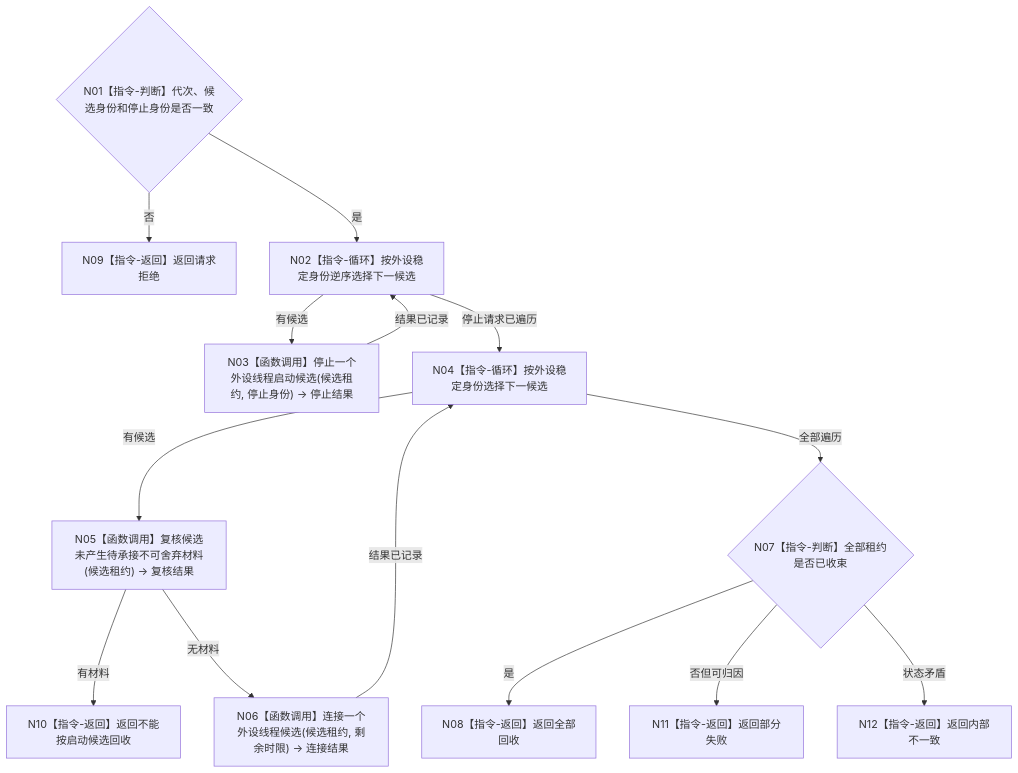
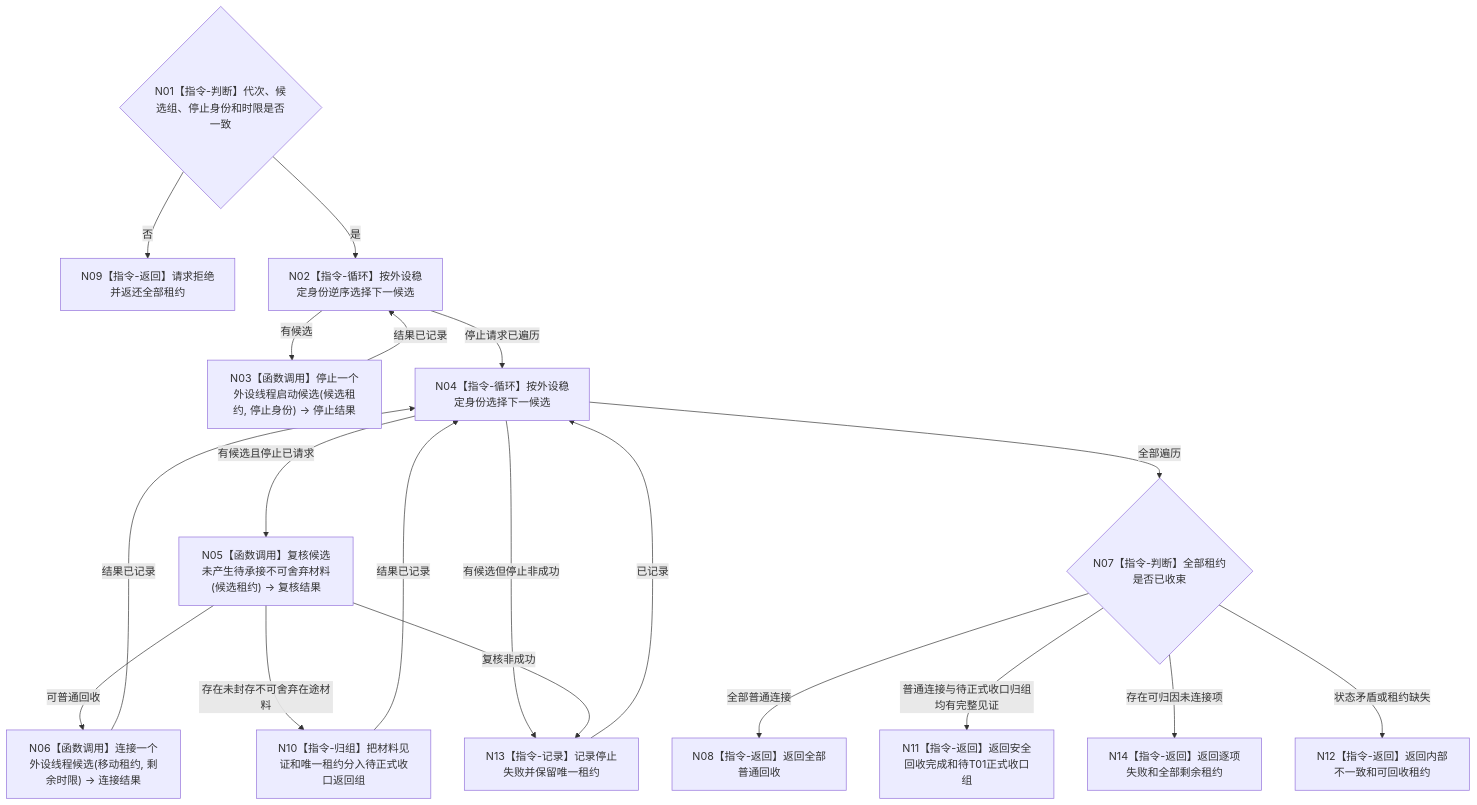
The diagram in 流程图/目标业务流程图/L3/BIZ-L3-001-07-02_停止并连接本轮外设线程_目标函数流程图_v0.1.md (chunhaizh-cyber/HY-Ego), drawn with Mermaid before and after one commit. The commit also changed other lines of this file and 17 other files, not shown here.

````diff
--- a/流程图/目标业务流程图/L3/BIZ-L3-001-07-02_停止并连接本轮外设线程_目标函数流程图_v0.1.md
+++ b/流程图/目标业务流程图/L3/BIZ-L3-001-07-02_停止并连接本轮外设线程_目标函数流程图_v0.1.md
@@ -30,16 +30,21 @@
 ```mermaid
 flowchart TD
-    N01{"N01【指令-判断】代次、候选身份和停止身份是否一致"} -->|否| N09["N09【指令-返回】返回请求拒绝"]
+    N01{"N01【指令-判断】代次、候选组、停止身份和时限是否一致"} -->|否| N09["N09【指令-返回】请求拒绝并返还全部租约"]
     N01 -->|是| N02["N02【指令-循环】按外设稳定身份逆序选择下一候选"]
     N02 -->|有候选| N03["N03【函数调用】停止一个外设线程启动候选(候选租约, 停止身份) -> 停止结果"]
     N03 -->|结果已记录| N02
     N02 -->|停止请求已遍历| N04["N04【指令-循环】按外设稳定身份选择下一候选"]
-    N04 -->|有候选| N05["N05【函数调用】复核候选未产生待承接不可舍弃材料(候选租约) -> 复核结果"]
-    N05 -->|有材料| N10["N10【指令-返回】返回不能按启动候选回收"]
-    N05 -->|无材料| N06["N06【函数调用】连接一个外设线程候选(候选租约, 剩余时限) -> 连接结果"]
+    N04 -->|有候选且停止已请求| N05["N05【函数调用】复核候选未产生待承接不可舍弃材料(候选租约) -> 复核结果"]
+    N04 -->|有候选但停止非成功| N13["N13【指令-记录】记录停止失败并保留唯一租约"]
+    N05 -->|可普通回收| N06["N06【函数调用】连接一个外设线程候选(移动租约, 剩余时限) -> 连接结果"]
+    N05 -->|存在未封存不可舍弃在途材料| N10["N10【指令-归组】把材料见证和唯一租约分入待正式收口返回组"]
+    N05 -->|复核非成功| N13
     N06 -->|结果已记录| N04
+    N10 -->|结果已记录| N04
+    N13 -->|已记录| N04
     N04 -->|全部遍历| N07{"N07【指令-判断】全部租约是否已收束"}
-    N07 -->|是| N08["N08【指令-返回】返回全部回收"]
-    N07 -->|否但可归因| N11["N11【指令-返回】返回部分失败"]
-    N07 -->|状态矛盾| N12["N12【指令-返回】返回内部不一致"]
+    N07 -->|全部普通连接| N08["N08【指令-返回】返回全部普通回收"]
+    N07 -->|普通连接与待正式收口归组均有完整见证| N11["N11【指令-返回】返回安全回收完成和待T01正式收口组"]
+    N07 -->|存在可归因未连接项| N14["N14【指令-返回】返回逐项失败和全部剩余租约"]
+    N07 -->|状态矛盾或租约缺失| N12["N12【指令-返回】返回内部不一致和可回收租约"]
 ```
````
